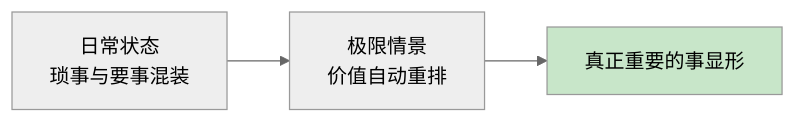
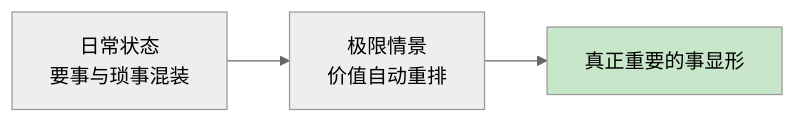
Before and after one commit to chongyang211/YCBookBlog: the first of 5 diagrams in book/27.时间管理30天/02.Day02-考虑极限情景.md, drawn with Mermaid (neutral theme). The commit also changed other lines of this file and 1 other file, not shown here.

````diff
--- a/book/27.时间管理30天/02.Day02-考虑极限情景.md
+++ b/book/27.时间管理30天/02.Day02-考虑极限情景.md
@@ -44,6 +53,6 @@
 ```mermaid
 graph LR
-    A[日常状态<br/>琐事与要事混装] --> B[极限情景<br/>价值自动重排]
+    A[日常状态<br/>要事与琐事混装] --> B[极限情景<br/>价值自动重排]
     B --> C[真正重要的事显形]
     style C fill:#c8e6c9
 ```
````
